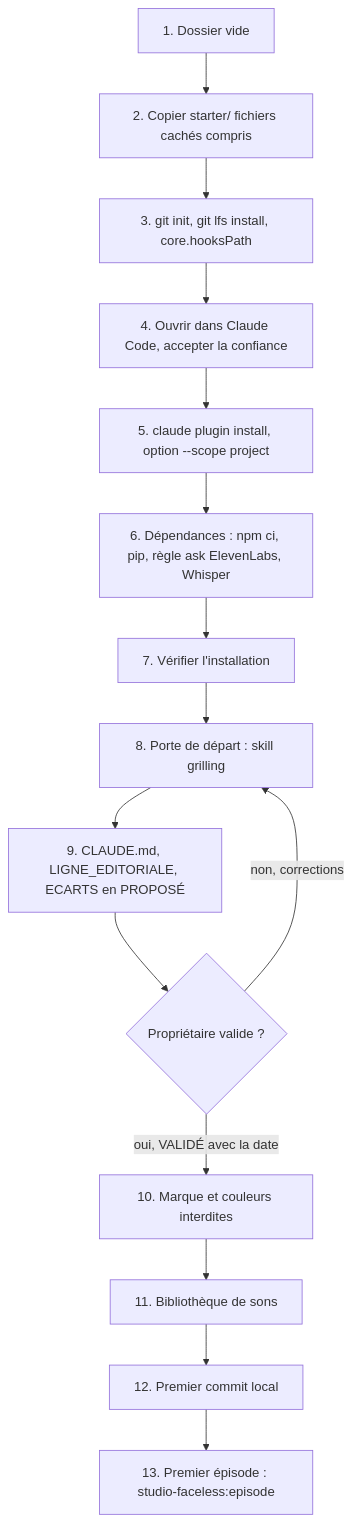
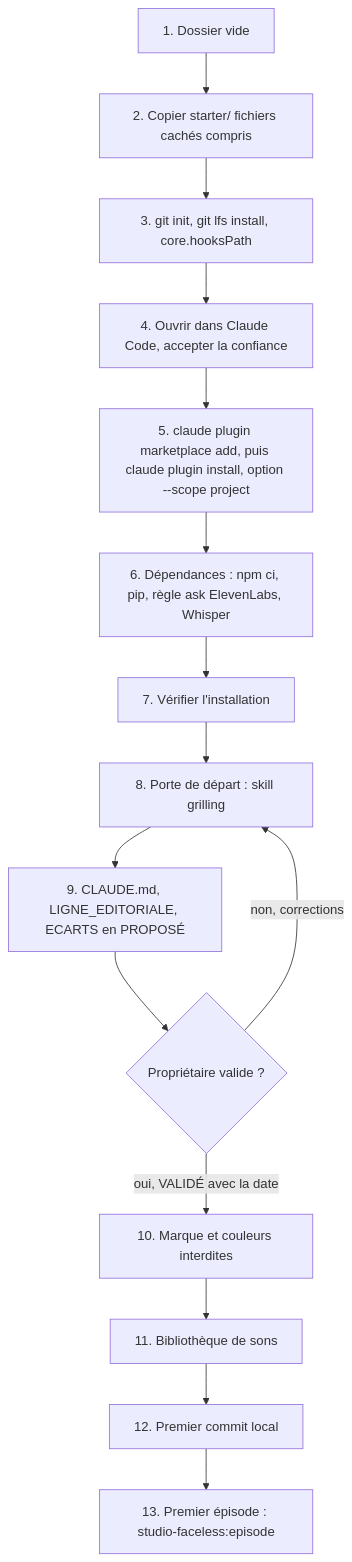
The diagram in docs/workflows/nouvelle-chaine.md (hichamsbihi/studio-faceless), drawn with Mermaid before and after one commit. The commit also changed other lines of this file and 15 other files, not shown here.

````diff
--- a/docs/workflows/nouvelle-chaine.md
+++ b/docs/workflows/nouvelle-chaine.md
@@ -38,17 +38,17 @@
 ```mermaid
 flowchart TD
   A["1. Dossier vide"] --> B["2. Copier starter/ fichiers cachés compris"]
   B --> C["3. git init, git lfs install, core.hooksPath"]
   C --> D["4. Ouvrir dans Claude Code, accepter la confiance"]
-  D --> E["5. claude plugin install, option --scope project"]
+  D --> E["5. claude plugin marketplace add, puis claude plugin install, option --scope project"]
   E --> F["6. Dépendances : npm ci, pip, règle ask ElevenLabs, Whisper"]
   F --> G["7. Vérifier l'installation"]
   G --> H["8. Porte de départ : skill grilling"]
   H --> I["9. CLAUDE.md, LIGNE_EDITORIALE, ECARTS en PROPOSÉ"]
   I --> J{"Propriétaire valide ?"}
   J -- "non, corrections" --> H
   J -- "oui, VALIDÉ avec la date" --> K["10. Marque et couleurs interdites"]
   K --> L["11. Bibliothèque de sons"]
   L --> M["12. Premier commit local"]
   M --> N["13. Premier épisode : studio-faceless:episode"]
 ```
````
